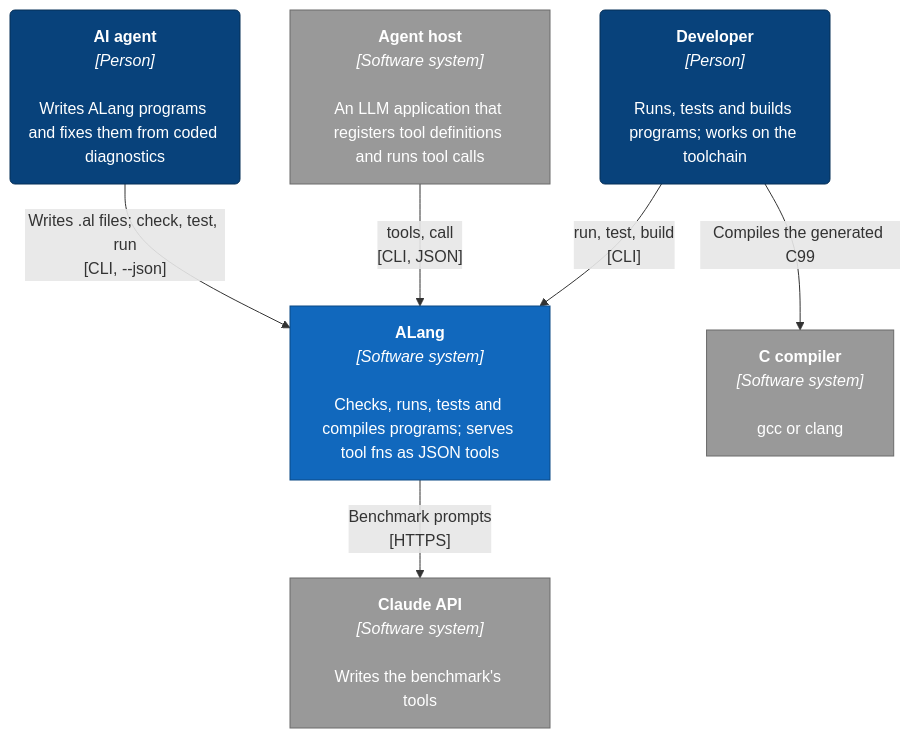
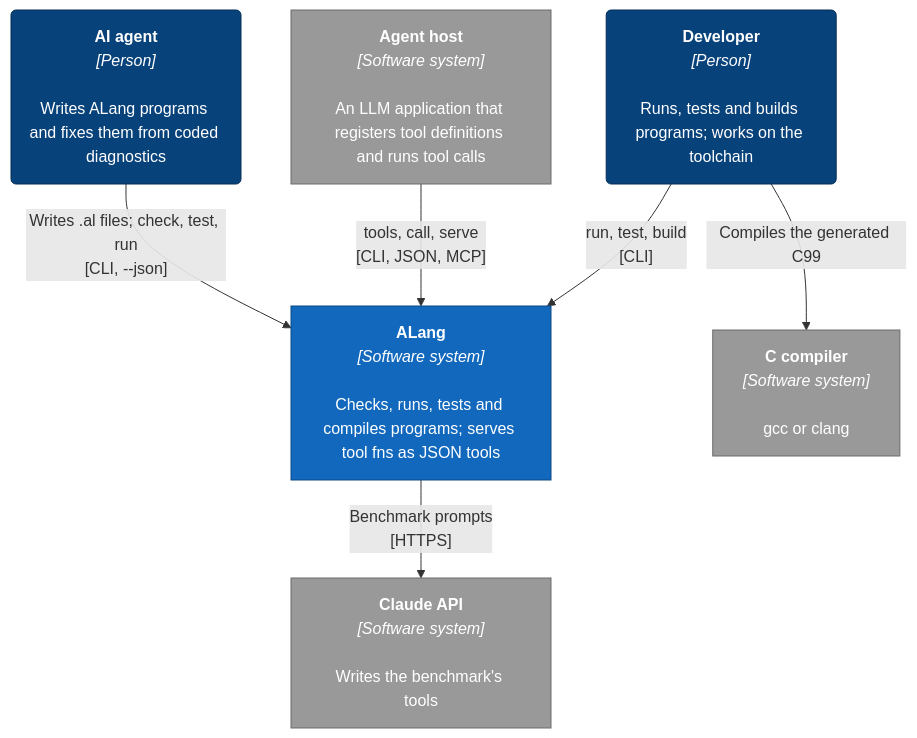
Before and after one commit to adamw7/alang: the first of 4 diagrams in docs/ARCHITECTURE.md, drawn with Mermaid. The commit also changed other lines of this file and 8 other files, not shown here.

First line of the commit message:
Serve a program's tools over MCP with `alang serve`

````diff
--- a/docs/ARCHITECTURE.md
+++ b/docs/ARCHITECTURE.md
@@ -13,22 +13,22 @@
 ```mermaid
 flowchart TB
     agent("<b>AI agent</b><br/><i>[Person]</i><br/><br/>Writes ALang programs and fixes them from coded diagnostics")
     host["<b>Agent host</b><br/><i>[Software system]</i><br/><br/>An LLM application that registers tool definitions and runs tool calls"]
     dev("<b>Developer</b><br/><i>[Person]</i><br/><br/>Runs, tests and builds programs; works on the toolchain")
     alang["<b>ALang</b><br/><i>[Software system]</i><br/><br/>Checks, runs, tests and compiles programs; serves tool fns as JSON tools"]
     claude["<b>Claude API</b><br/><i>[Software system]</i><br/><br/>Writes the benchmark's tools"]
     cc["<b>C compiler</b><br/><i>[Software system]</i><br/><br/>gcc or clang"]
 
     agent -- "Writes .al files; check, test, run<br/>[CLI, --json]" --> alang
-    host -- "tools, call<br/>[CLI, JSON]" --> alang
+    host -- "tools, call, serve<br/>[CLI, JSON, MCP]" --> alang
     dev -- "run, test, build<br/>[CLI]" --> alang
     dev -- "Compiles the generated C99" --> cc
     alang -- "Benchmark prompts<br/>[HTTPS]" --> claude
 
     classDef person fill:#08427b,stroke:#052e56,color:#fff
     classDef system fill:#1168bd,stroke:#0b4884,color:#fff
     classDef external fill:#999999,stroke:#6b6b6b,color:#fff
     class agent,dev person
     class alang system
     class host,claude,cc external
 ```
````
